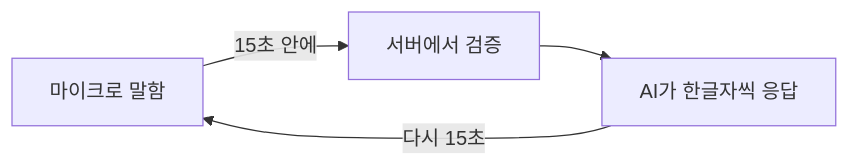
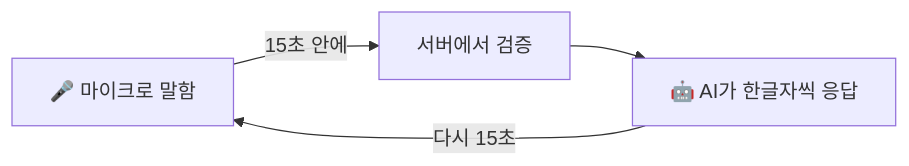
One commit to Technoetic/word-chain-game changed the first of 7 diagrams in README.md. Above: the diagram before and after it, drawn with Mermaid. The commit also changed other lines of this file, not shown here.

````diff
--- a/README.md
+++ b/README.md
@@ -23,6 +23,6 @@
 ```mermaid
 flowchart LR
-    A["마이크로 말함"] -->|15초 안에| B["서버에서 검증"]
-    B --> C["AI가 한글자씩 응답"]
+    A["🎤 마이크로 말함"] -->|15초 안에| B["서버에서 검증"]
+    B --> C["🤖 AI가 한글자씩 응답"]
     C -->|다시 15초| A
 ```
````
